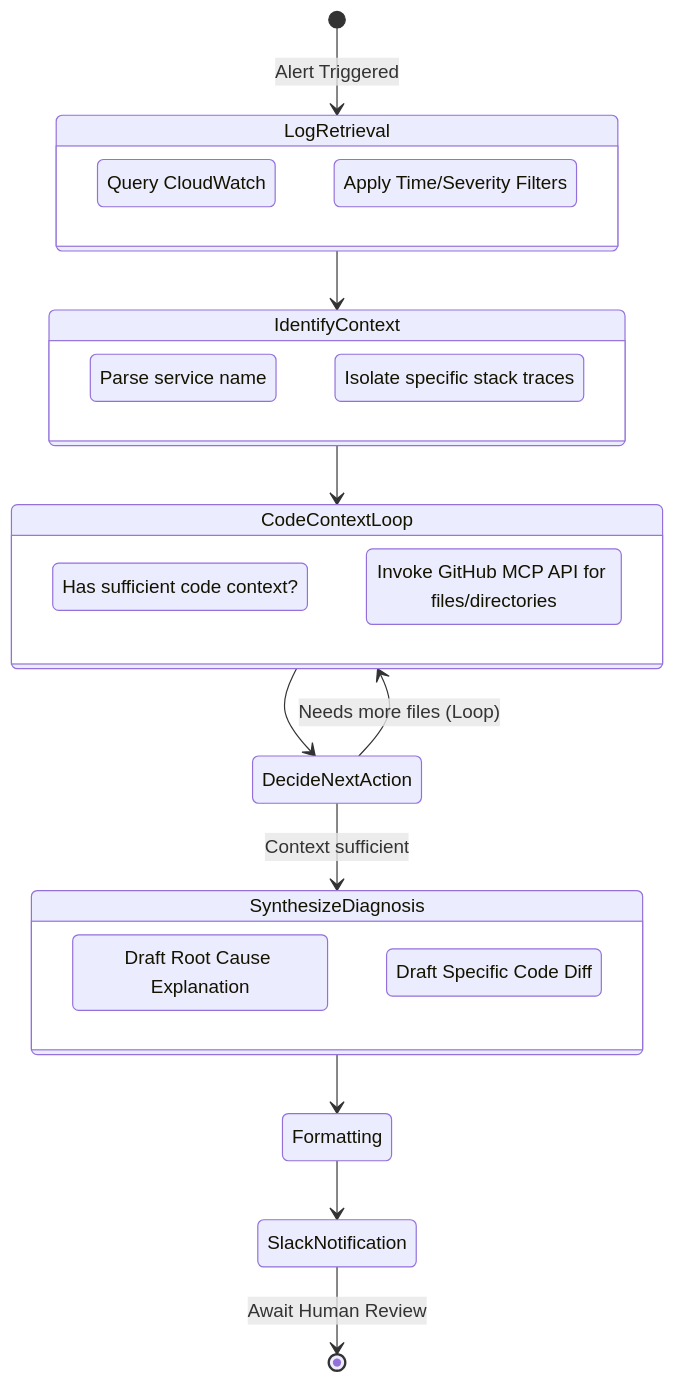
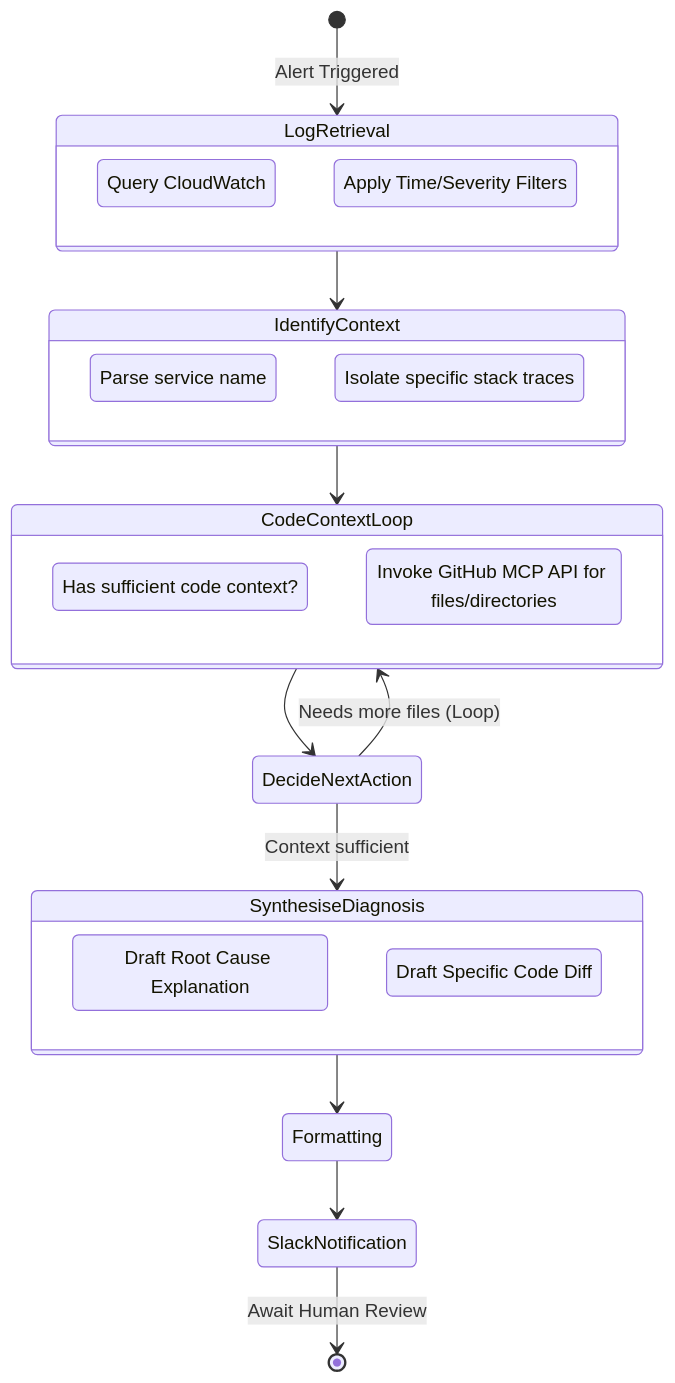
The second of 2 diagrams in README.md (DsThakurRawat/Atomic-SRE), drawn with Mermaid before and after one commit. The commit also changed other lines of this file and 2 other files, not shown here.

Commit message:
style: Auto-fix remaining UK English typos using typos-cli to pass pre-commit

````diff
--- a/README.md
+++ b/README.md
@@ -173,38 +173,38 @@
 ```mermaid
 stateDiagram-v2
     [*] --> LogRetrieval: Alert Triggered
 
     state LogRetrieval {
         FetchLogs: Query CloudWatch
         FilterLogs: Apply Time/Severity Filters
     }
 
     LogRetrieval --> IdentifyContext
 
     state IdentifyContext {
         ExtractService: Parse service name
         ExtractErrors: Isolate specific stack traces
     }
 
     IdentifyContext --> CodeContextLoop
 
     state CodeContextLoop {
         CheckCache: Has sufficient code context?
         CallMCP: Invoke GitHub MCP API for files/directories
     }
 
     CodeContextLoop --> DecideNextAction
 
     state DecideNextAction <<choice>>
     DecideNextAction --> CodeContextLoop : Needs more files (Loop)
-    DecideNextAction --> SynthesizeDiagnosis : Context sufficient
+    DecideNextAction --> SynthesiseDiagnosis : Context sufficient
 
-    state SynthesizeDiagnosis {
+    state SynthesiseDiagnosis {
         DraftRC: Draft Root Cause Explanation
         DraftFix: Draft Specific Code Diff
     }
 
-    SynthesizeDiagnosis --> Formatting
+    SynthesiseDiagnosis --> Formatting
     Formatting --> SlackNotification
     SlackNotification --> [*]: Await Human Review
 ```
````
